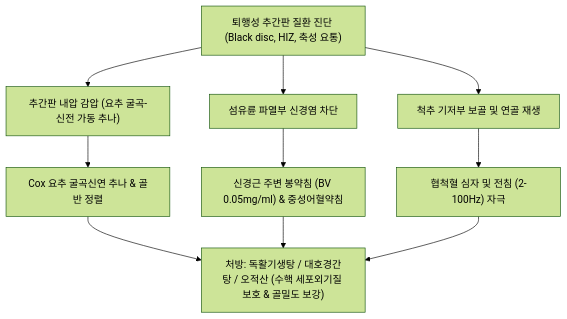
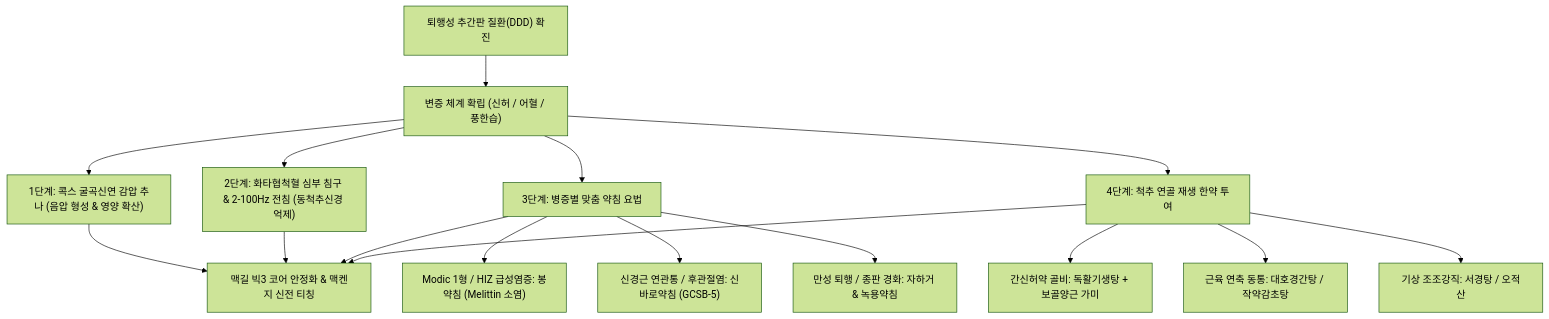
One commit to simbio11/simbio-digital-garden2 changed the third of 3 diagrams in content/3. 이론 공부/질환/근골격계 질환/척추/퇴행성 추간판 질환.md. Above: the diagram before and after it, drawn with Mermaid (forest theme). The commit also changed other lines of this file and 350 other files, not shown here.

````diff
--- a/content/3. 이론 공부/질환/근골격계 질환/척추/퇴행성 추간판 질환.md
+++ b/content/3. 이론 공부/질환/근골격계 질환/척추/퇴행성 추간판 질환.md
@@ -166,12 +457,19 @@
 ```mermaid
-graph TD
-    A["퇴행성 추간판 질환 진단 (Black disc, HIZ, 축성 요통)"] --> B["추간판 내압 감압 (요추 굴곡-신전 가동 추나)"]
-    A --> C["섬유륜 파열부 신경염 차단"]
-    A --> D["척추 기저부 보골 및 연골 재생"]
-
-    B --> E["Cox 요추 굴곡신연 추나 & 골반 정렬"]
-    C --> F["신경근 주변 봉약침 (BV 0.05mg/ml) & 중성어혈약침"]
-    D --> G["협척혈 심자 및 전침 (2-100Hz) 자극"]
-
-    E & F & G --> H["처방: 독활기생탕 / 대호경간탕 / 오적산 (수핵 세포외기질 보호 & 골밀도 보강)"]
+flowchart TD
+    A["퇴행성 추간판 질환(DDD) 확진"] --> B["변증 체계 확립 (신허 / 어혈 / 풍한습)"]
+    
+    B --> C["1단계: 콕스 굴곡신연 감압 추나 (음압 형성 & 영양 확산)"]
+    B --> D["2단계: 화타협척혈 심부 침구 & 2-100Hz 전침 (동척추신경 억제)"]
+    B --> E["3단계: 병증별 맞춤 약침 요법"]
+    B --> F["4단계: 척추 연골 재생 한약 투여"]
+    
+    E --> E1["Modic 1형 / HIZ 급성염증: 봉약침 (Melittin 소염)"]
+    E --> E2["신경근 연관통 / 후관절염: 신바로약침 (GCSB-5)"]
+    E --> E3["만성 퇴행 / 종판 경화: 자하거 & 녹용약침"]
+    
+    F --> F1["간신허약 골비: 독활기생탕 + 보골양근 가미"]
+    F --> F2["근육 연축 동통: 대호경간탕 / 작약감초탕"]
+    F --> F3["기상 조조강직: 서경탕 / 오적산"]
+    
+    C & D & E & F --> G["맥길 빅3 코어 안정화 & 맥켄지 신전 티칭"]
 ```
````
